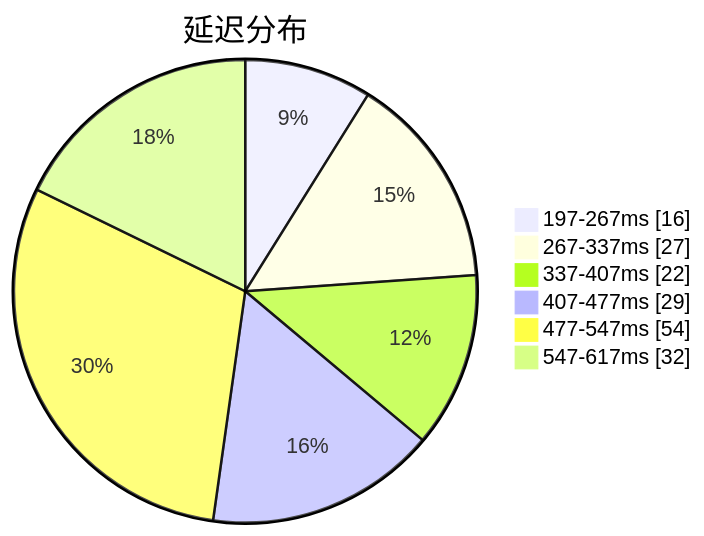
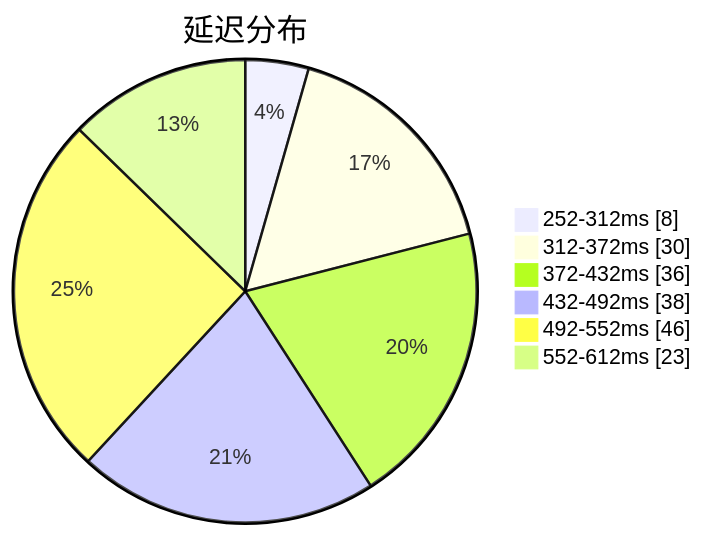
One commit to qjlxg/airport changed the first of 3 diagrams in subs/statistics/tested_within.md. Above: the diagram before and after it, drawn with Mermaid. The commit also changed other lines of this file and 2 other files, not shown here.

````diff
--- a/subs/statistics/tested_within.md
+++ b/subs/statistics/tested_within.md
@@ -2,10 +2,10 @@
 ```mermaid
 pie showData
 title 延迟分布
-"197-267ms" : 16
-"267-337ms" : 27
-"337-407ms" : 22
-"407-477ms" : 29
-"477-547ms" : 54
-"547-617ms" : 32
+"252-312ms" : 8
+"312-372ms" : 30
+"372-432ms" : 36
+"432-492ms" : 38
+"492-552ms" : 46
+"552-612ms" : 23
 ```
````
